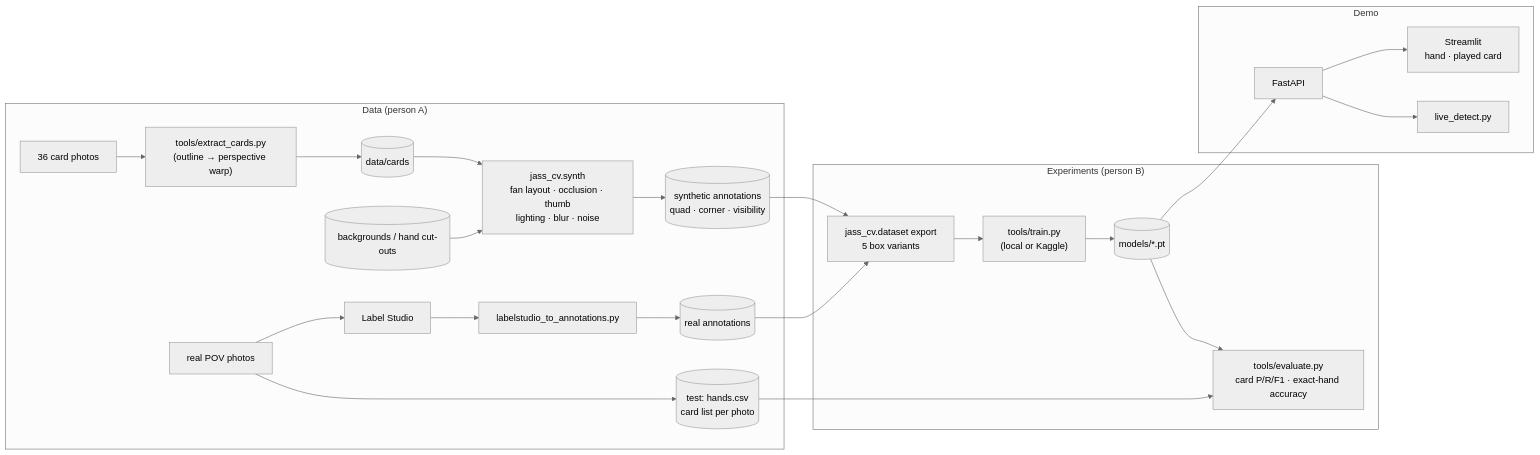
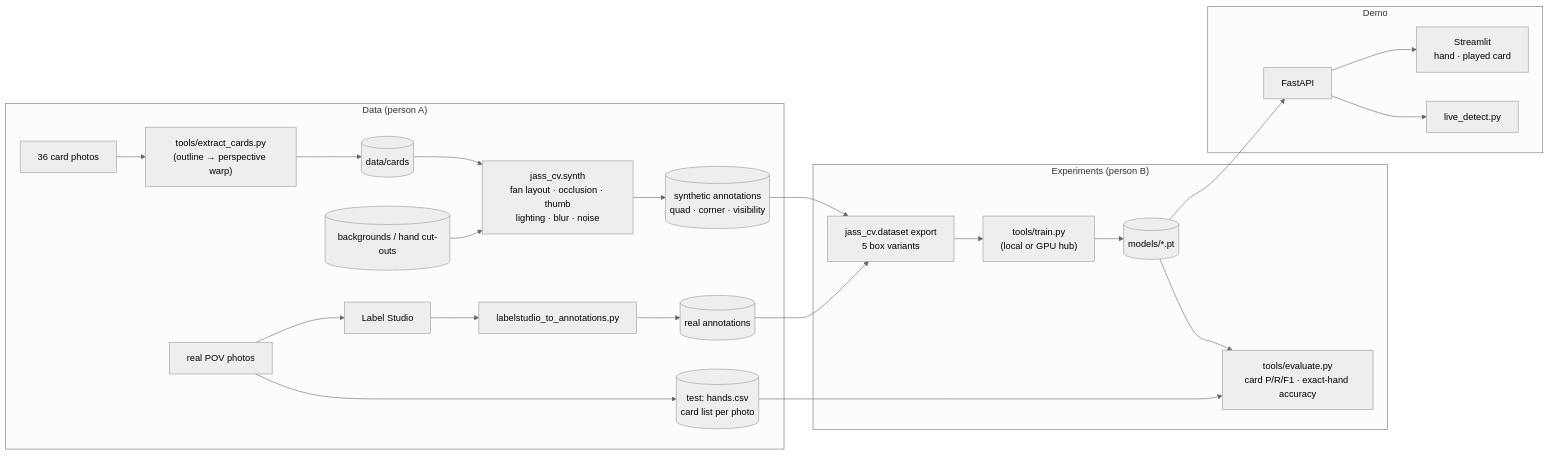
The diagram in docs/architecture.md (Noah-Rod/cvai), drawn with Mermaid (neutral theme) before and after one commit. The commit also changed other lines of this file and 6 other files, not shown here.

First line of the commit message:
feat: run the experiments on the gpu hub with one resumable command

````diff
--- a/docs/architecture.md
+++ b/docs/architecture.md
@@ -32,25 +32,25 @@
 ```mermaid
 flowchart LR
     subgraph data["Data (person A)"]
         photos["36 card photos"] --> extract["tools/extract_cards.py<br/>(outline → perspective warp)"]
         extract --> faces[("data/cards")]
         faces --> synth["jass_cv.synth<br/>fan layout · occlusion · thumb<br/>lighting · blur · noise"]
         bg[("backgrounds / hand cut-outs")] --> synth
         synth --> ann[("synthetic annotations<br/>quad · corner · visibility")]
         real["real POV photos"] --> ls["Label Studio"] --> conv["labelstudio_to_annotations.py"] --> realann[("real annotations")]
         real --> csv[("test: hands.csv<br/>card list per photo")]
     end
     subgraph exp["Experiments (person B)"]
         ann --> export["jass_cv.dataset export<br/>5 box variants"]
         realann --> export
-        export --> train["tools/train.py<br/>(local or Kaggle)"]
+        export --> train["tools/train.py<br/>(local or GPU hub)"]
         train --> weights[("models/*.pt")]
         weights --> eval["tools/evaluate.py<br/>card P/R/F1 · exact-hand accuracy"]
         csv --> eval
     end
     subgraph app["Demo"]
         weights --> api["FastAPI"]
         api --> fe["Streamlit<br/>hand · played card"]
         api --> live["live_detect.py"]
     end
 ```
````
